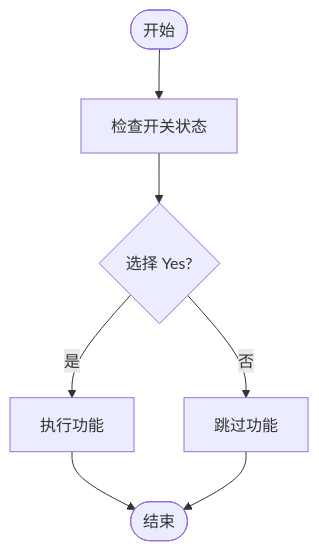
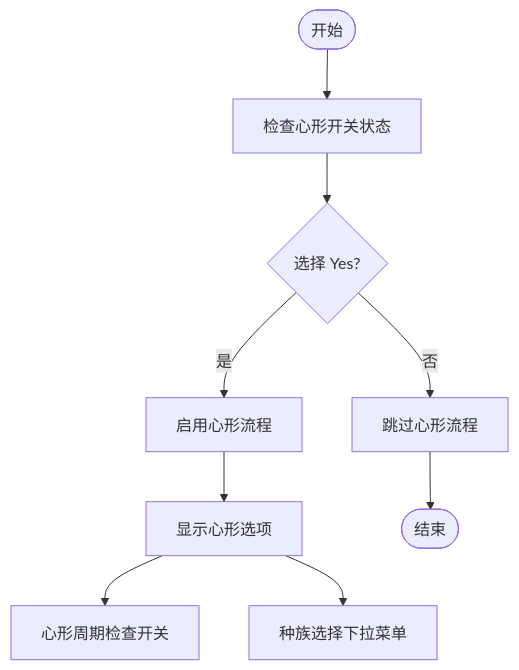
Before and after one commit to kqcoxn/MaaDuDuL: the first of 6 diagrams in .qoder/repowiki/zh/content/系统架构与设计/配置体系与资源管理/界面接口配置/选项与参数配置/选项与参数配置.md, drawn with Mermaid. The commit also changed other lines of this file and 12 other files, not shown here.

````diff
--- a/.qoder/repowiki/zh/content/系统架构与设计/配置体系与资源管理/界面接口配置/选项与参数配置/选项与参数配置.md
+++ b/.qoder/repowiki/zh/content/系统架构与设计/配置体系与资源管理/界面接口配置/选项与参数配置/选项与参数配置.md
@@ -28,9 +36,11 @@
 ```mermaid
 flowchart TD
-Start([开始]) --> CheckSwitch["检查开关状态"]
-CheckSwitch --> YesBranch{"选择 Yes?"}
-YesBranch --> |是| ExecuteFunction["执行功能"]
-YesBranch --> |否| SkipFunction["跳过功能"]
-ExecuteFunction --> End([结束])
-SkipFunction --> End
+Start([开始]) --> CheckHeartSwitch["检查心形开关状态"]
+CheckHeartSwitch --> HeartYesBranch{"选择 Yes?"}
+HeartYesBranch --> |是| EnableHeartFlow["启用心形流程"]
+HeartYesBranch --> |否| SkipHeartFlow["跳过心形流程"]
+EnableHeartFlow --> HeartOptions["显示心形选项"]
+HeartOptions --> HeartPeriodCheck["心形周期检查开关"]
+HeartOptions --> RaceSelect["种族选择下拉菜单"]
+SkipHeartFlow --> End([结束])
 ```
````
